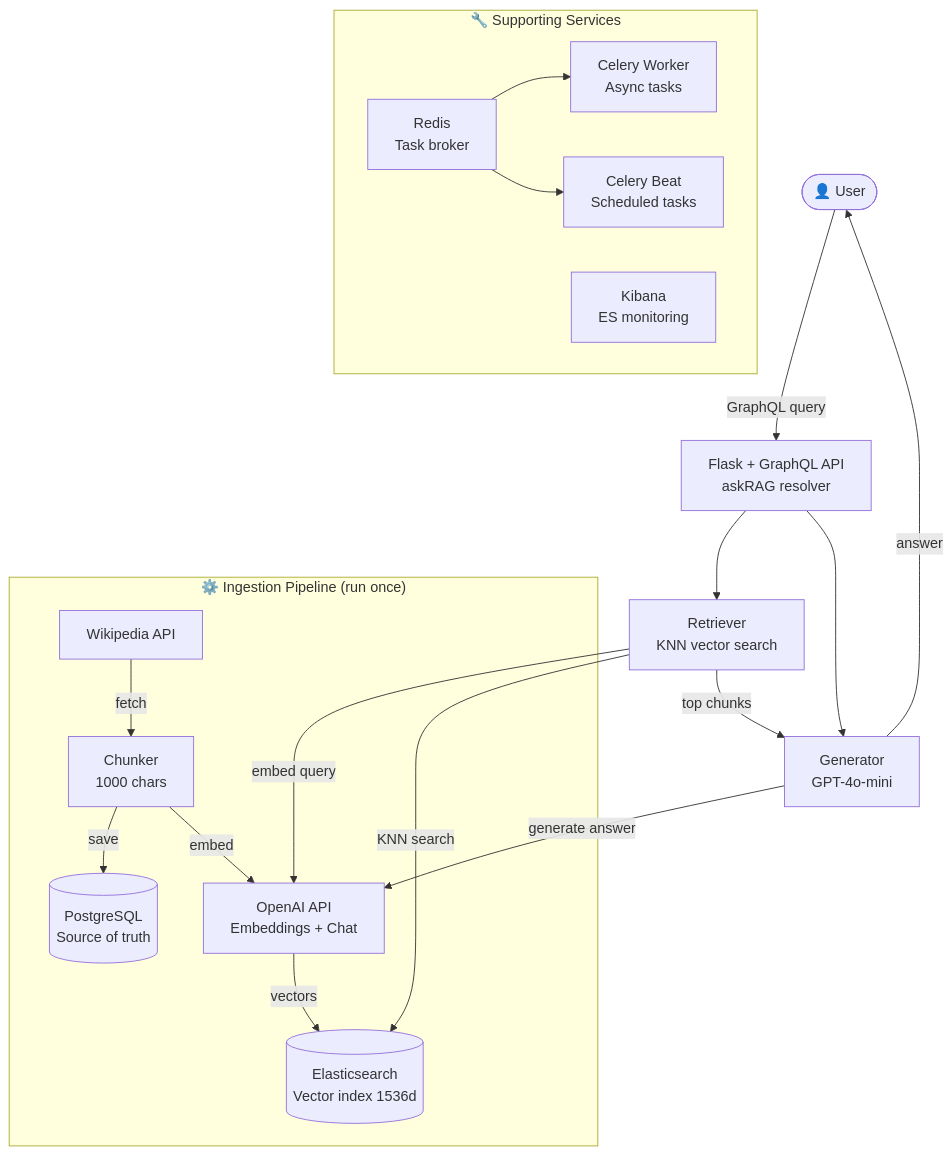
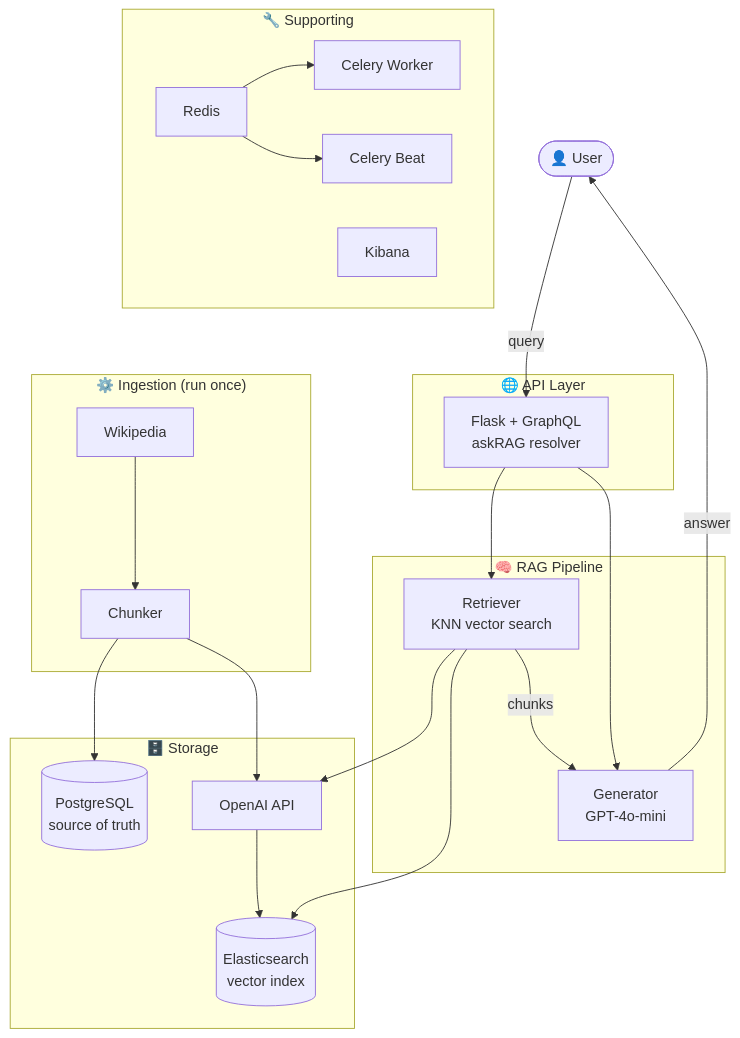
The diagram in README.md (lkum11/dubai-explorer-ai), drawn with Mermaid before and after one commit. The commit also changed other lines of this file, not shown here.

Commit message:
docs: add architecture diagram to README

````diff
--- a/README.md
+++ b/README.md
@@ -24,35 +23,38 @@
 ```mermaid
-flowchart TD
+flowchart TB
     User(["👤 User"])
-    GQL["Flask + GraphQL API\naskRAG resolver"]
-    RET["Retriever\nKNN vector search"]
-    GEN["Generator\nGPT-4o-mini"]
-    ES[("Elasticsearch\nVector index 1536d")]
-    OAI["OpenAI API\nEmbeddings + Chat"]
-    PG[("PostgreSQL\nSource of truth")]
 
-    User -->|GraphQL query| GQL
-    GQL --> RET
-    GQL --> GEN
-    RET -->|embed query| OAI
-    RET -->|KNN search| ES
-    RET -->|top chunks| GEN
-    GEN -->|generate answer| OAI
-    GEN -->|answer| User
-
-    subgraph Ingestion ["⚙️ Ingestion Pipeline (run once)"]
-        WIKI["Wikipedia API"] -->|fetch| CHUNK["Chunker\n1000 chars"]
-        CHUNK -->|save| PG
-        CHUNK -->|embed| OAI
-        OAI -->|vectors| ES
+    subgraph API ["🌐 API Layer"]
+        GQL["Flask + GraphQL\naskRAG resolver"]
     end
 
-    subgraph Supporting ["🔧 Supporting Services"]
-        REDIS["Redis\nTask broker"]
-        CELERY["Celery Worker\nAsync tasks"]
-        BEAT["Celery Beat\nScheduled tasks"]
-        KIBANA["Kibana\nES monitoring"]
-        REDIS --> CELERY
-        REDIS --> BEAT
+    subgraph RAG ["🧠 RAG Pipeline"]
+        RET["Retriever\nKNN vector search"]
+        GEN["Generator\nGPT-4o-mini"]
     end
+
+    subgraph Storage ["🗄️ Storage"]
+        ES[("Elasticsearch\nvector index")]
+        PG[("PostgreSQL\nsource of truth")]
+        OAI["OpenAI API"]
+    end
+
+    subgraph Ingestion ["⚙️ Ingestion (run once)"]
+        WIKI["Wikipedia"] --> CHUNK["Chunker"]
+        CHUNK --> PG
+        CHUNK --> OAI
+        OAI --> ES
+    end
+
+    subgraph Supporting ["🔧 Supporting"]
+        REDIS["Redis"] --> CELERY["Celery Worker"]
+        REDIS --> BEAT["Celery Beat"]
+        KIBANA["Kibana"]
+    end
+
+    User -->|query| GQL
+    GQL --> RET & GEN
+    RET --> OAI & ES
+    RET -->|chunks| GEN
+    GEN -->|answer| User
 ```
````
